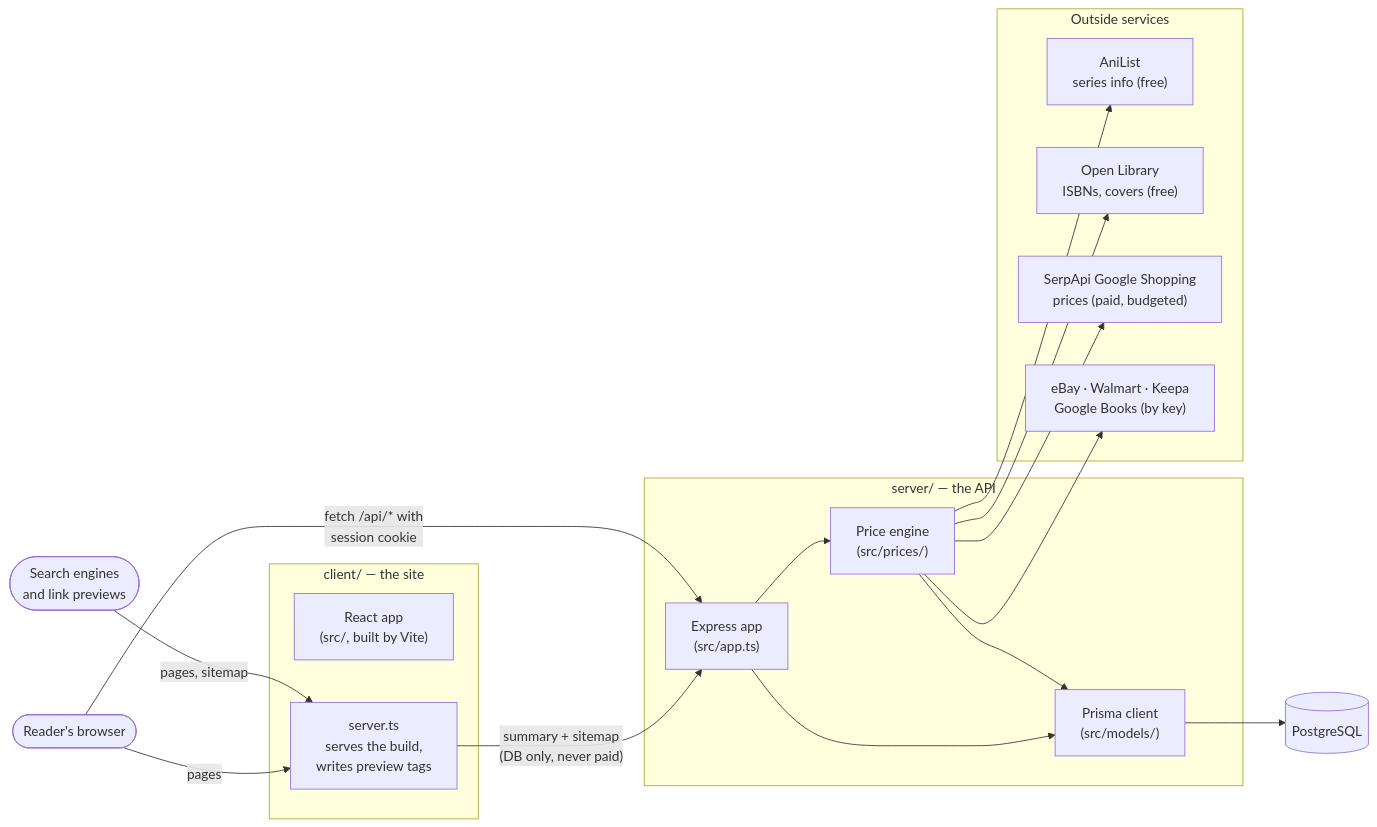
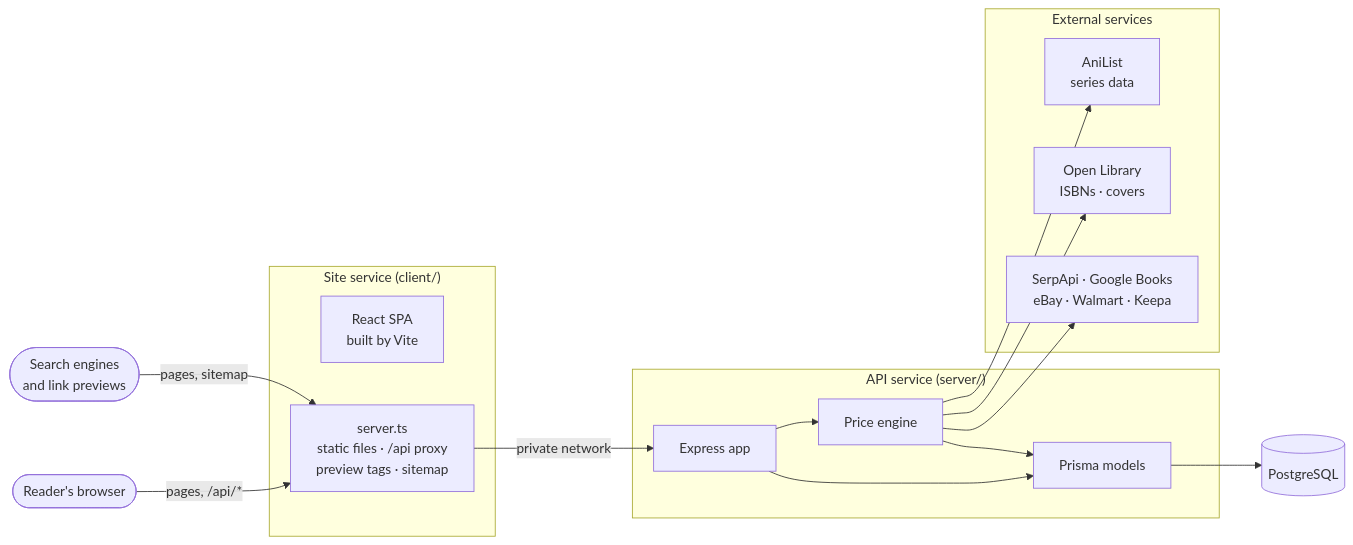
One commit to Shriyashzzz/mangaTracker changed the first of 6 diagrams in README.md. Above: the diagram before and after it, drawn with Mermaid. The commit also changed other lines of this file and 1 other file, not shown here.

````diff
--- a/README.md
+++ b/README.md
@@ -64,38 +67,35 @@
 ```mermaid
 flowchart LR
   user([Reader's browser])
   crawler([Search engines<br/>and link previews])
 
-  subgraph site["client/ — the site"]
-    spa["React app<br/>(src/, built by Vite)"]
-    preview["server.ts<br/>serves the build,<br/>writes preview tags"]
+  subgraph site["Site service (client/)"]
+    spa["React SPA<br/>built by Vite"]
+    edge["server.ts<br/>static files · /api proxy<br/>preview tags · sitemap"]
   end
 
-  subgraph api["server/ — the API"]
-    express["Express app<br/>(src/app.ts)"]
-    prices["Price engine<br/>(src/prices/)"]
-    prisma["Prisma client<br/>(src/models/)"]
+  subgraph api["API service (server/)"]
+    express["Express app"]
+    engine["Price engine"]
+    orm["Prisma models"]
   end
 
   db[(PostgreSQL)]
 
-  subgraph outside["Outside services"]
-    anilist["AniList<br/>series info (free)"]
-    openlib["Open Library<br/>ISBNs, covers (free)"]
-    serp["SerpApi Google Shopping<br/>prices (paid, budgeted)"]
-    others["eBay · Walmart · Keepa<br/>Google Books (by key)"]
+  subgraph ext["External services"]
+    anilist["AniList<br/>series data"]
+    ol["Open Library<br/>ISBNs · covers"]
+    stores["SerpApi · Google Books<br/>eBay · Walmart · Keepa"]
   end
 
-  user -->|pages| preview
-  crawler -->|pages, sitemap| preview
-  preview -->|"summary + sitemap<br/>(DB only, never paid)"| express
-  user -->|"fetch /api/* with<br/>session cookie"| express
-  express --> prices
-  express --> prisma
-  prices --> prisma
-  prisma --> db
-  prices --> anilist
-  prices --> openlib
-  prices --> serp
-  prices --> others
+  user -->|"pages, /api/*"| edge
+  crawler -->|"pages, sitemap"| edge
+  edge -->|"private network"| express
+  express --> engine
+  express --> orm
+  engine --> orm
+  orm --> db
+  engine --> anilist
+  engine --> ol
+  engine --> stores
 ```
````
